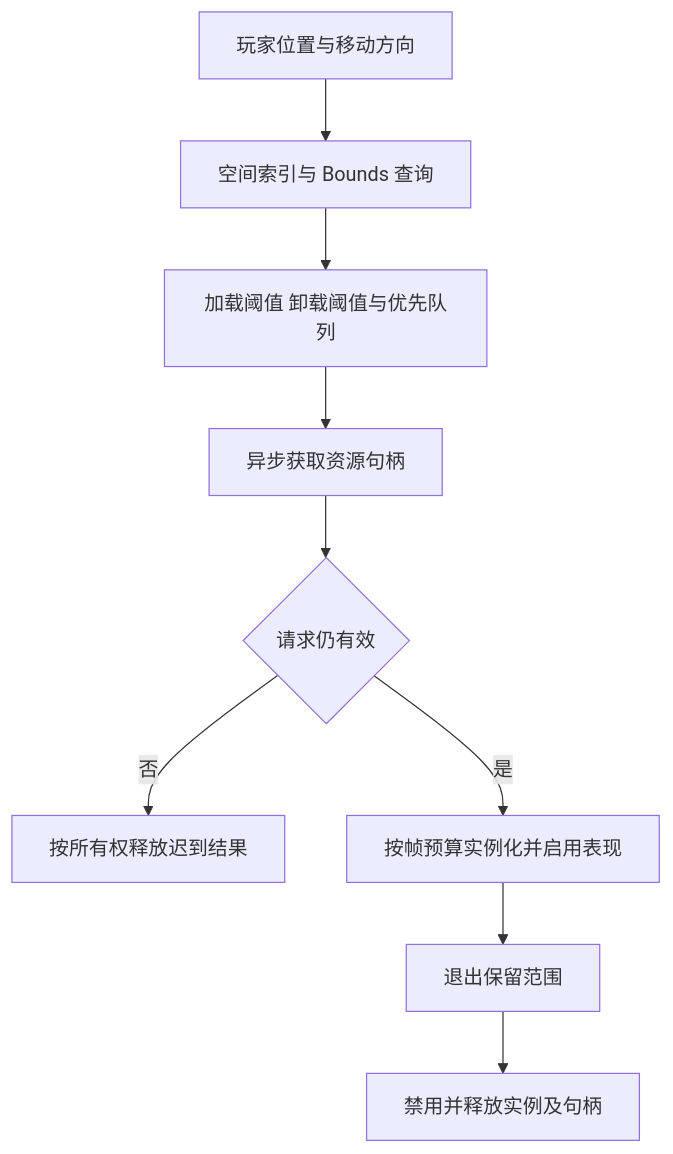
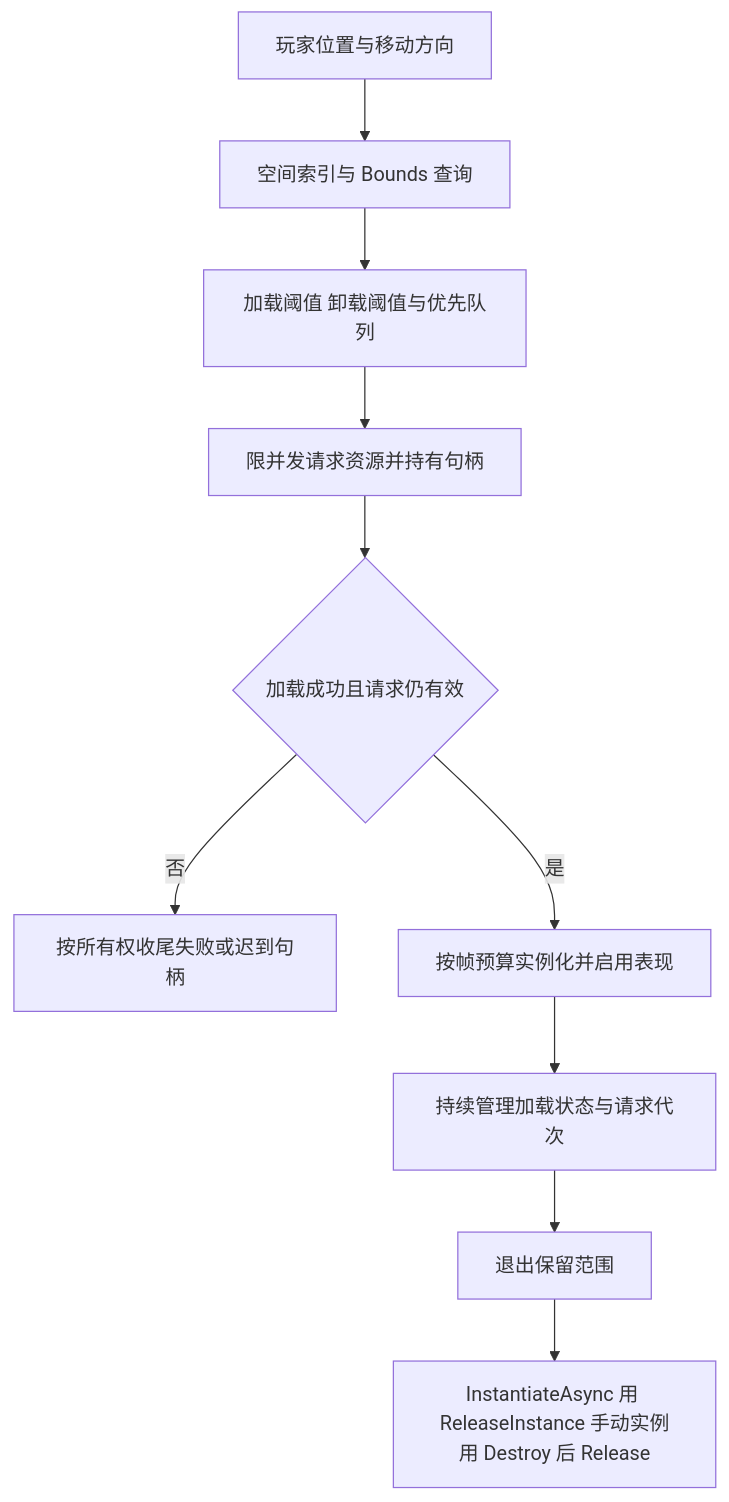
Before and after one commit to BoyLei/Performance: the second of 3 diagrams in Unity性能优化/因果与执行流程.md, drawn with Mermaid. The commit also changed other lines of this file and 26 other files, not shown here.

````diff
--- a/Unity性能优化/因果与执行流程.md
+++ b/Unity性能优化/因果与执行流程.md
@@ -35,11 +35,12 @@
 ```mermaid
 flowchart TD
   A[玩家位置与移动方向] --> B[空间索引与 Bounds 查询]
   B --> C[加载阈值 卸载阈值与优先队列]
-  C --> D[异步获取资源句柄]
-  D --> E{请求仍有效}
-  E -->|否| F[按所有权释放迟到结果]
+  C --> D[限并发请求资源并持有句柄]
+  D --> E{加载成功且请求仍有效}
+  E -->|否| F[按所有权收尾失败或迟到句柄]
   E -->|是| G[按帧预算实例化并启用表现]
-  G --> H[退出保留范围]
-  H --> I[禁用并释放实例及句柄]
+  G --> H[持续管理加载状态与请求代次]
+  H --> K[退出保留范围]
+  K --> I[InstantiateAsync 用 ReleaseInstance 手动实例用 Destroy 后 Release]
 ```
````
